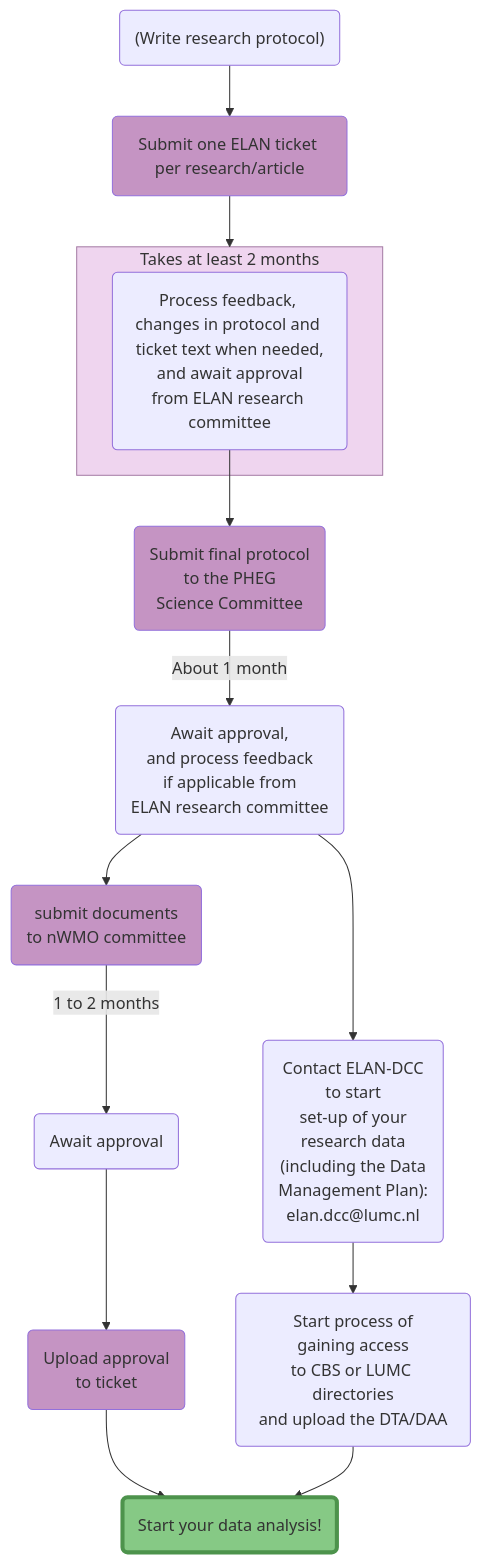
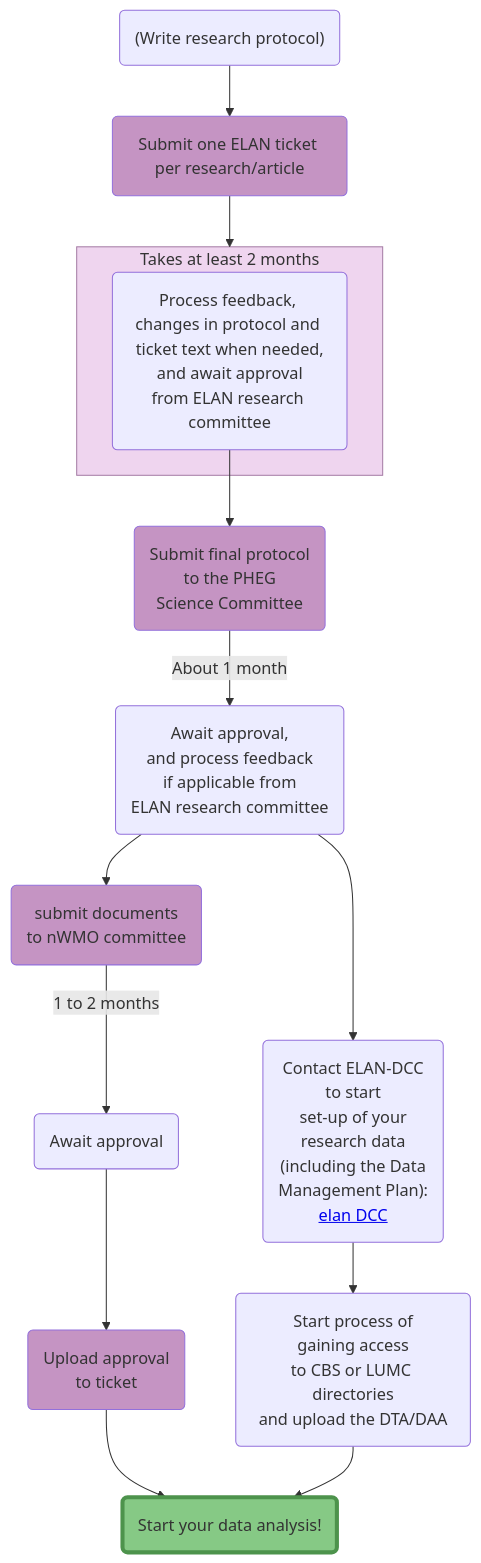
One commit to elan-dcc/elan-dcc.github.io changed the diagram in charts/flowchart/main.mmd. Above: the diagram before and after it, drawn with Mermaid.

Commit message:
linktest

```diff
--- a/charts/flowchart/main.mmd
+++ b/charts/flowchart/main.mmd
@@ -1,48 +1,48 @@
 flowchart TD
 id1("(Write research protocol)") --> id2(Submit one ELAN ticket per research/article)
 subgraph ticket [Takes at least 2 months]
     id4
 end
 id4(Process feedback, 
 changes in protocol and 
 ticket text when needed,
 and await approval
 from ELAN research committee) --> id5
 id5(Submit final protocol
 to the PHEG
 Science Committee) -->|About 1 month| id6
 id6(Await approval,
 and process feedback
 if applicable from
 ELAN research committee) --> id7
 id7(submit documents 
 to nWMO committee) -->|1 to 2 months| id9
 id9(Await approval) --> id10
 id10(Upload approval
 to ticket) --> idend(Start your data analysis!)
 id6 --> id8
 id8("Contact ELAN-DCC
 to start 
 set-up of your 
 research data
 (including the Data
 Management Plan):
-elan.dcc@lumc.nl") --> id11(Start process of
+<a href='http://elan.dcc@lumc.nl'>elan DCC</a>") --> id11(Start process of
 gaining access
 to CBS or LUMC directories
 and upload the DTA/DAA)
 
 id2 --> ticket
 id11 --> idend
 
 style idend fill:#86c985,stroke:#4d934c,stroke-width:4px
 style id2 fill:#c594c3
 style id5 fill:#c594c3
 style id7 fill:#c594c3
 style id10 fill:#c594c3
 style ticket fill:#efd5ef, stroke:#a57ca5
 
 click id2 "https://elanresearch.nl" "ELAN research" _blank
 click id10 "https://elanresearch.nl" "ELAN research" _blank
 click id5 "https://elan-dcc.github.io/researchers/sciencecommittee" "Science committee"
 click id7 "https://www.metc-ldd.nl/toetsingsprocedures/niet-wmo-en-niet-mdr" "nWMO committee" _blank
```
